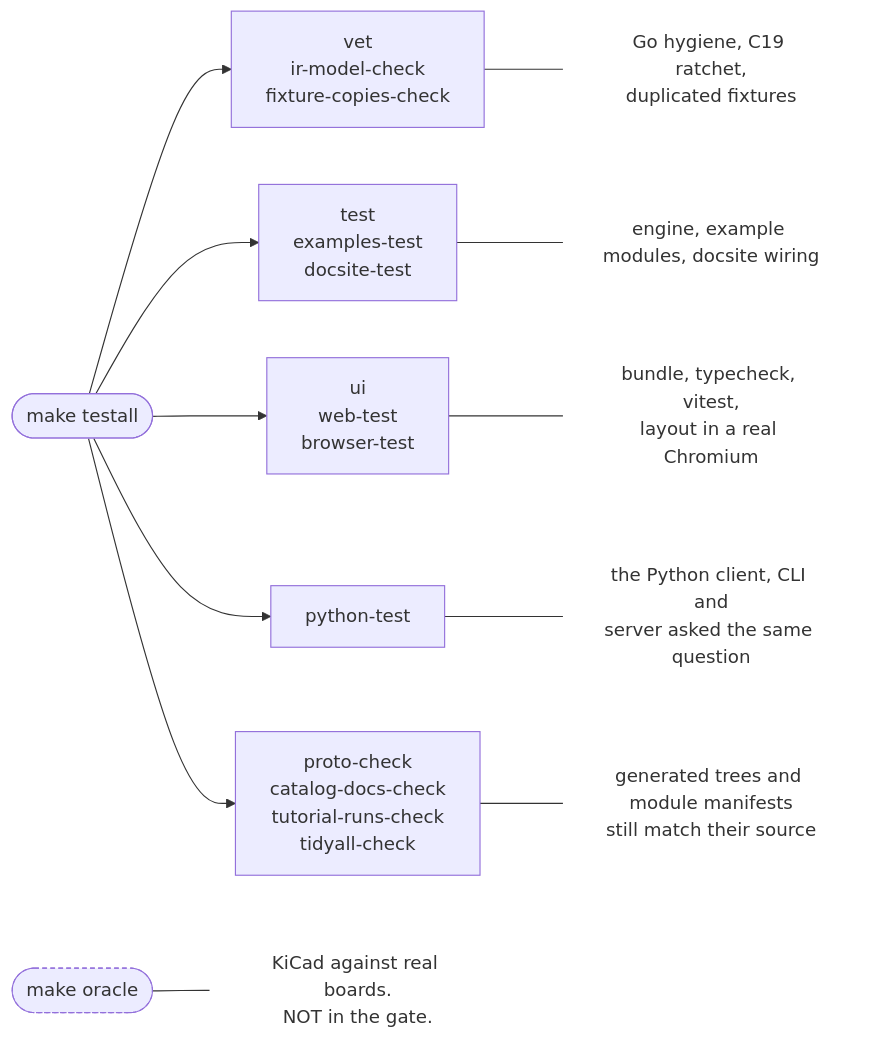
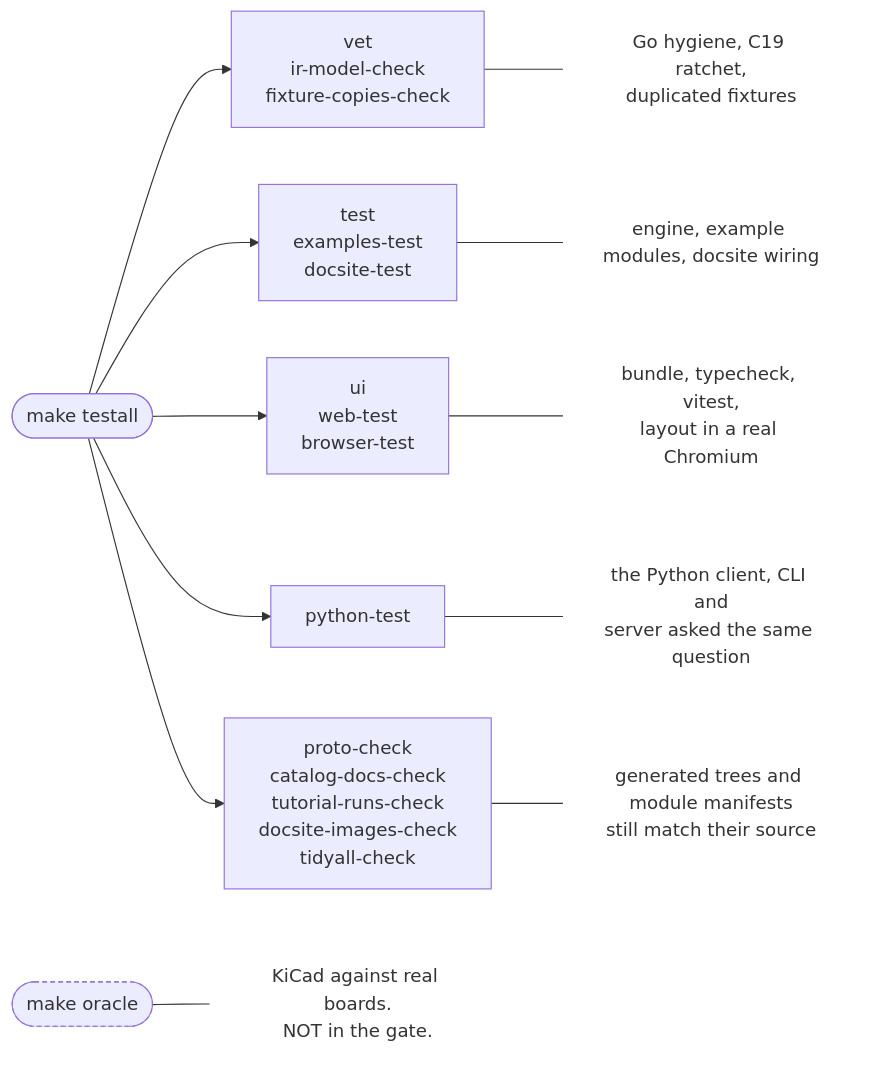
The first of 3 diagrams in docsite/content/build/the-gate.md (panyam/agni), drawn with Mermaid before and after one commit. The commit also changed other lines of this file and 9 other files, not shown here.

First line of the commit message:
Regenerate the docsite's images in the gate

````diff
--- a/docsite/content/build/the-gate.md
+++ b/docsite/content/build/the-gate.md
@@ -8,19 +8,19 @@
 ```mermaid
 flowchart LR
     T(["make testall"])
     T --> V["vet<br/>ir-model-check<br/>fixture-copies-check"]
     T --> E["test<br/>examples-test<br/>docsite-test"]
     T --> W["ui<br/>web-test<br/>browser-test"]
     T --> P["python-test"]
-    T --> G["proto-check<br/>catalog-docs-check<br/>tutorial-runs-check<br/>tidyall-check"]
+    T --> G["proto-check<br/>catalog-docs-check<br/>tutorial-runs-check<br/>docsite-images-check<br/>tidyall-check"]
     V --- Vn["Go hygiene, C19 ratchet,<br/>duplicated fixtures"]
     E --- En["engine, example modules, docsite wiring"]
     W --- Wn["bundle, typecheck, vitest,<br/>layout in a real Chromium"]
     G --- Gn["generated trees and module manifests<br/>still match their source"]
     P --- Pn["the Python client, CLI and<br/>server asked the same question"]
     O(["make oracle"]) --- On["KiCad against real boards.<br/>NOT in the gate."]
     classDef note fill:none,stroke:none;
     classDef out stroke-dasharray: 4 3;
     class Vn,En,Wn,Gn,Pn,On note;
     class O,On out;
 ```
````
